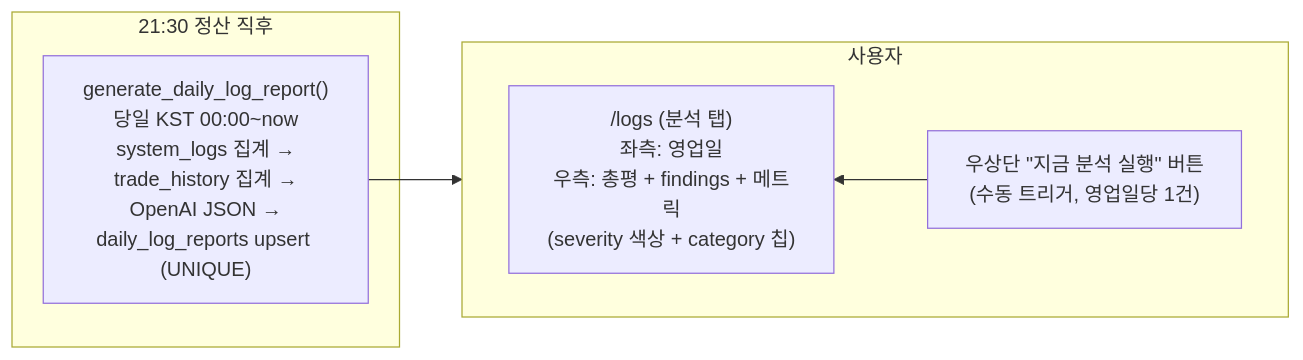
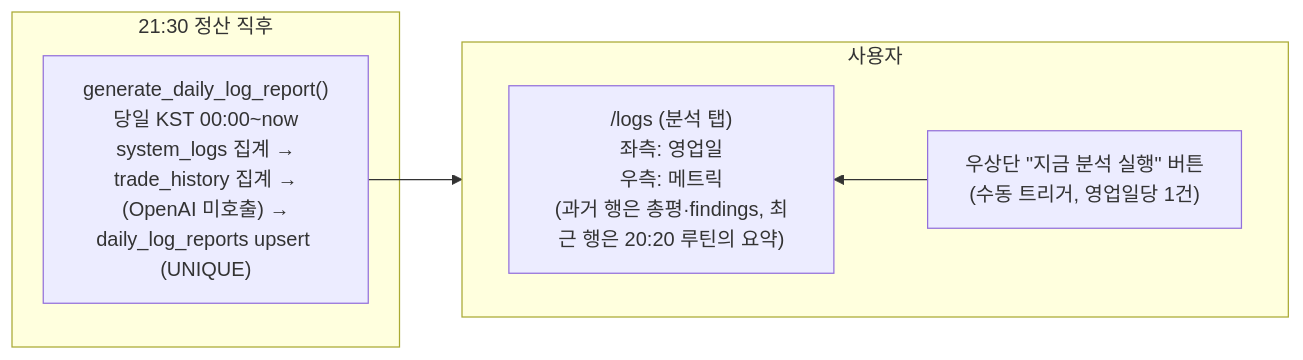
Before and after one commit to canduk910/auto_stock: the seventh of 7 diagrams in README.md, drawn with Mermaid. The commit also changed other lines of this file and 16 other files, not shown here.

````diff
--- a/README.md
+++ b/README.md
@@ -960,11 +1020,11 @@
 ```mermaid
 flowchart LR
     subgraph T0["21:30 정산 직후"]
-        A["generate_daily_log_report()<br/>당일 KST 00:00~now<br/>system_logs 집계 →<br/>trade_history 집계 →<br/>OpenAI JSON →<br/>daily_log_reports upsert (UNIQUE)"]
+        A["generate_daily_log_report()<br/>당일 KST 00:00~now<br/>system_logs 집계 →<br/>trade_history 집계 →<br/>(OpenAI 미호출) →<br/>daily_log_reports upsert (UNIQUE)"]
     end
     subgraph T1["사용자"]
         direction RL
-        C["우상단 #quot;지금 분석 실행#quot; 버튼<br/>(수동 트리거, 영업일당 1건)"] --> B["/logs (분석 탭)<br/>좌측: 영업일<br/>우측: 총평 + findings + 메트릭<br/>(severity 색상 + category 칩)"]
+        C["우상단 #quot;지금 분석 실행#quot; 버튼<br/>(수동 트리거, 영업일당 1건)"] --> B["/logs (분석 탭)<br/>좌측: 영업일<br/>우측: 메트릭<br/>(과거 행은 총평·findings, 최근 행은 20:20 루틴의 요약)"]
     end
     A --> B
 ```
````
